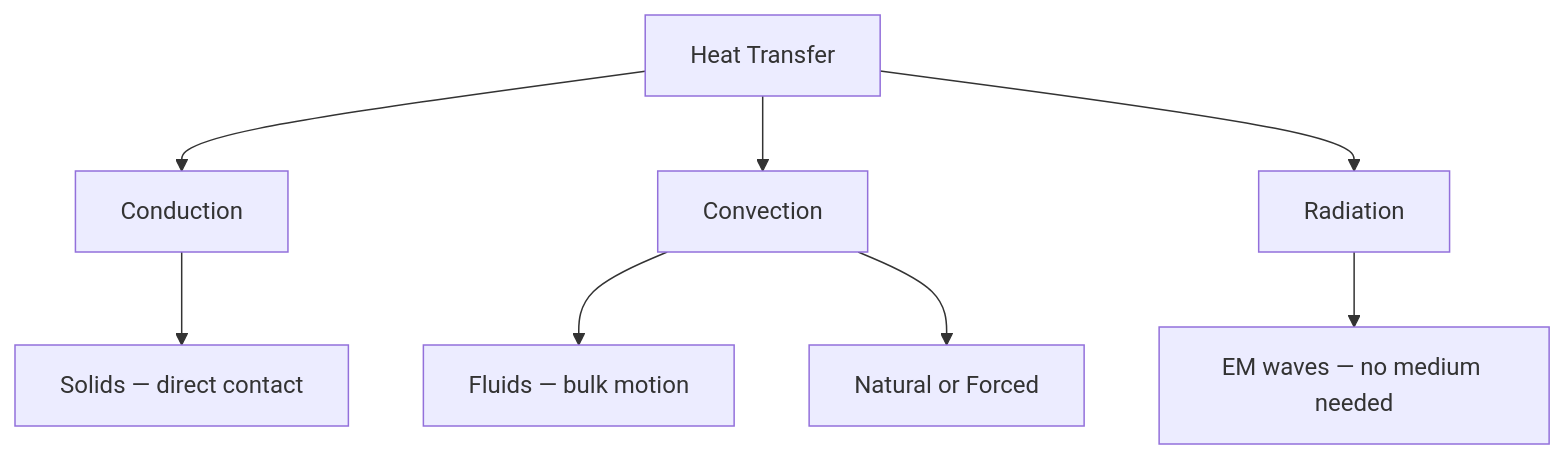
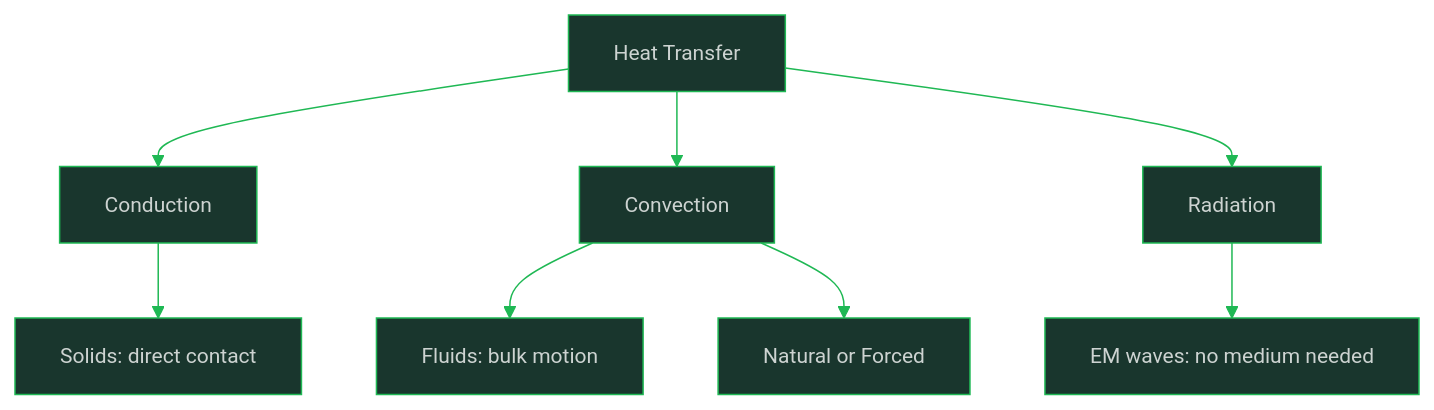
The first of 2 diagrams in Science/Advance/Physics/10_Heat_and_Thermodynamics.md (oat431/general-knowledge), drawn with Mermaid before and after one commit. The commit also changed other lines of this file and 113 other files, not shown here.

````diff
--- a/Science/Advance/Physics/10_Heat_and_Thermodynamics.md
+++ b/Science/Advance/Physics/10_Heat_and_Thermodynamics.md
@@ -60,10 +60,11 @@
 ```mermaid
+%%{init: {'theme':'base','themeVariables':{'primaryColor':'#19362D','primaryTextColor':'#CDD3D1','primaryBorderColor':'#1FB854','lineColor':'#1FB854','background':'#1B1717','mainBkg':'#19362D','clusterBkg':'#161212','edgeLabelBackground':'#161212','titleColor':'#1FB854','fontSize':'14px'}}}%%
 flowchart TD
     A["Heat Transfer"] --> B["Conduction"]
     A --> C["Convection"]
     A --> D["Radiation"]
-    B --> E["Solids — direct contact"]
-    C --> F["Fluids — bulk motion"]
+    B --> E["Solids: direct contact"]
+    C --> F["Fluids: bulk motion"]
     C --> G["Natural or Forced"]
-    D --> H["EM waves — no medium needed"]
+    D --> H["EM waves: no medium needed"]
 ```
````
